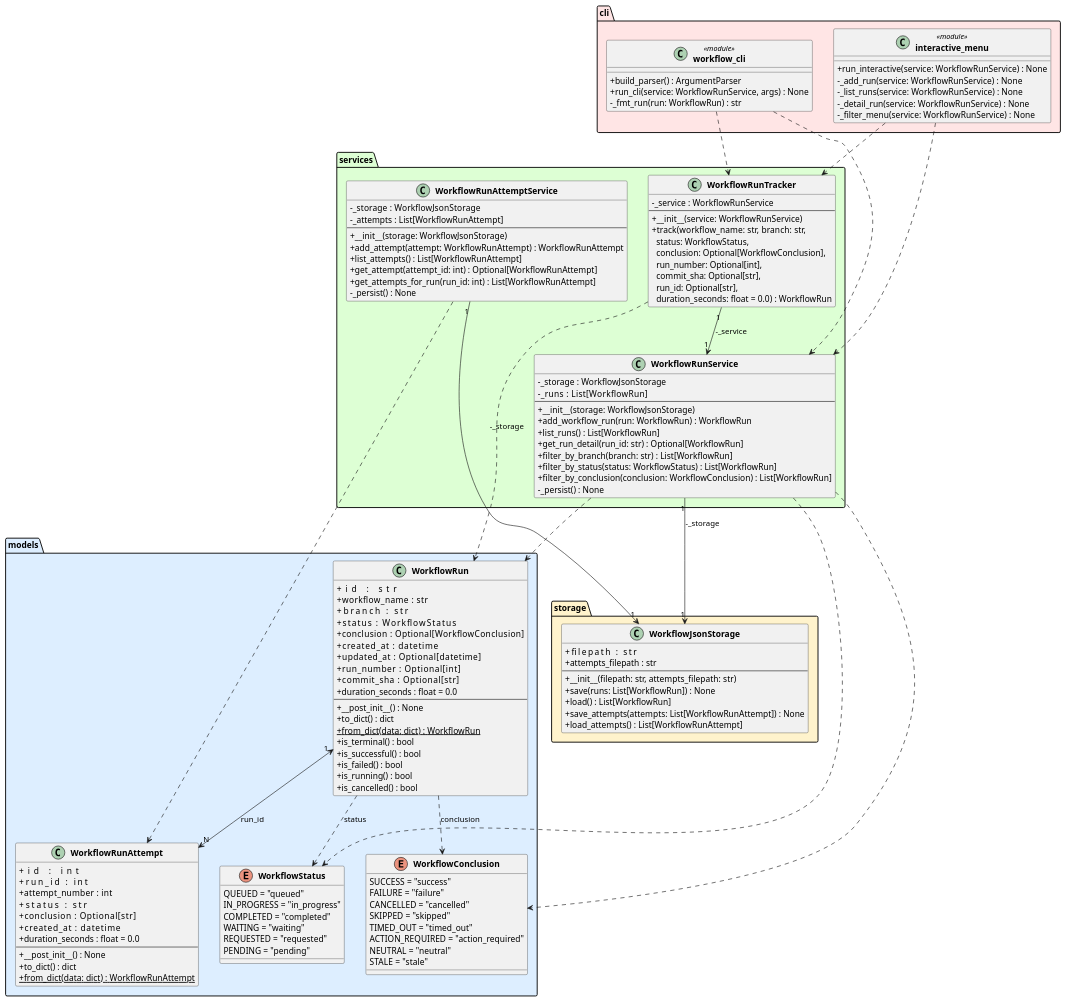
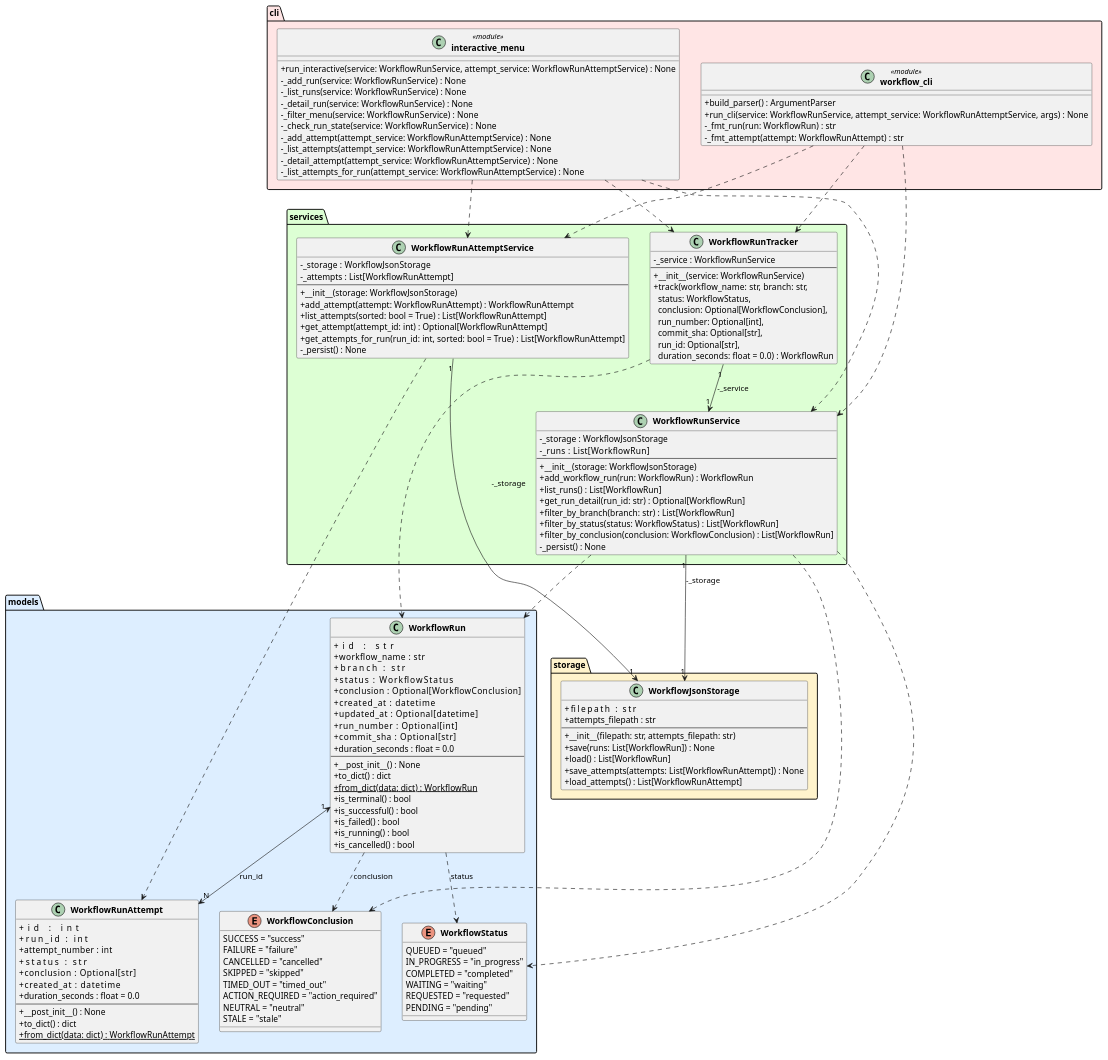
Before and after one commit to DanielRiha8906/Software_autoevolution_using_agents: the diagram in experiments/pipeline/user_stories/github-workflow-manager/artifacts/class_diagram.puml, drawn with PlantUML. The commit also changed 9 other files, not shown here.

First line of the commit message:
task 04 | implement sorting feature for AttemptService

```diff
--- a/experiments/pipeline/user_stories/github-workflow-manager/artifacts/class_diagram.puml
+++ b/experiments/pipeline/user_stories/github-workflow-manager/artifacts/class_diagram.puml
@@ -1,144 +1,152 @@
 @startuml class_diagram
 
 skinparam classAttributeIconSize 0
 skinparam classFontStyle bold
 
 package "models" #DDEEFF {
     enum WorkflowStatus {
         QUEUED = "queued"
         IN_PROGRESS = "in_progress"
         COMPLETED = "completed"
         WAITING = "waiting"
         REQUESTED = "requested"
         PENDING = "pending"
     }
 
     enum WorkflowConclusion {
         SUCCESS = "success"
         FAILURE = "failure"
         CANCELLED = "cancelled"
         SKIPPED = "skipped"
         TIMED_OUT = "timed_out"
         ACTION_REQUIRED = "action_required"
         NEUTRAL = "neutral"
         STALE = "stale"
     }
 
     class WorkflowRun {
         +id               : str
         +workflow_name    : str
         +branch           : str
         +status           : WorkflowStatus
         +conclusion       : Optional[WorkflowConclusion]
         +created_at       : datetime
         +updated_at       : Optional[datetime]
         +run_number       : Optional[int]
         +commit_sha       : Optional[str]
         +duration_seconds : float = 0.0
         --
         +__post_init__() : None
         +to_dict() : dict
         +{static} from_dict(data: dict) : WorkflowRun
         +is_terminal() : bool
         +is_successful() : bool
         +is_failed() : bool
         +is_running() : bool
         +is_cancelled() : bool
     }
 
     class WorkflowRunAttempt {
         +id               : int
         +run_id           : int
         +attempt_number   : int
         +status           : str
         +conclusion       : Optional[str]
         +created_at       : datetime
         +duration_seconds : float = 0.0
         --
         +__post_init__() : None
         +to_dict() : dict
         +{static} from_dict(data: dict) : WorkflowRunAttempt
     }
 }
 
 package "storage" #FFF3CC {
     class WorkflowJsonStorage {
         +filepath          : str
         +attempts_filepath : str
         --
         +__init__(filepath: str, attempts_filepath: str)
         +save(runs: List[WorkflowRun]) : None
         +load() : List[WorkflowRun]
         +save_attempts(attempts: List[WorkflowRunAttempt]) : None
         +load_attempts() : List[WorkflowRunAttempt]
     }
 }
 
 package "services" #DDFFD4 {
     class WorkflowRunService {
         -_storage : WorkflowJsonStorage
         -_runs    : List[WorkflowRun]
         --
         +__init__(storage: WorkflowJsonStorage)
         +add_workflow_run(run: WorkflowRun) : WorkflowRun
         +list_runs() : List[WorkflowRun]
         +get_run_detail(run_id: str) : Optional[WorkflowRun]
         +filter_by_branch(branch: str) : List[WorkflowRun]
         +filter_by_status(status: WorkflowStatus) : List[WorkflowRun]
         +filter_by_conclusion(conclusion: WorkflowConclusion) : List[WorkflowRun]
         -_persist() : None
     }
 
     class WorkflowRunAttemptService {
         -_storage  : WorkflowJsonStorage
         -_attempts : List[WorkflowRunAttempt]
         --
         +__init__(storage: WorkflowJsonStorage)
         +add_attempt(attempt: WorkflowRunAttempt) : WorkflowRunAttempt
-        +list_attempts() : List[WorkflowRunAttempt]
+        +list_attempts(sorted: bool = True) : List[WorkflowRunAttempt]
         +get_attempt(attempt_id: int) : Optional[WorkflowRunAttempt]
-        +get_attempts_for_run(run_id: int) : List[WorkflowRunAttempt]
+        +get_attempts_for_run(run_id: int, sorted: bool = True) : List[WorkflowRunAttempt]
         -_persist() : None
     }
 
     class WorkflowRunTracker {
         -_service : WorkflowRunService
         --
         +__init__(service: WorkflowRunService)
         +track(workflow_name: str, branch: str,\n  status: WorkflowStatus,\n  conclusion: Optional[WorkflowConclusion],\n  run_number: Optional[int],\n  commit_sha: Optional[str],\n  run_id: Optional[str],\n  duration_seconds: float = 0.0) : WorkflowRun
     }
 }
 
 package "cli" #FFE5E5 {
     class "workflow_cli" <<module>> {
         +build_parser() : ArgumentParser
-        +run_cli(service: WorkflowRunService, args) : None
+        +run_cli(service: WorkflowRunService, attempt_service: WorkflowRunAttemptService, args) : None
         -_fmt_run(run: WorkflowRun) : str
+        -_fmt_attempt(attempt: WorkflowRunAttempt) : str
     }
 
     class "interactive_menu" <<module>> {
-        +run_interactive(service: WorkflowRunService) : None
+        +run_interactive(service: WorkflowRunService, attempt_service: WorkflowRunAttemptService) : None
         -_add_run(service: WorkflowRunService) : None
         -_list_runs(service: WorkflowRunService) : None
         -_detail_run(service: WorkflowRunService) : None
         -_filter_menu(service: WorkflowRunService) : None
+        -_check_run_state(service: WorkflowRunService) : None
+        -_add_attempt(attempt_service: WorkflowRunAttemptService) : None
+        -_list_attempts(attempt_service: WorkflowRunAttemptService) : None
+        -_detail_attempt(attempt_service: WorkflowRunAttemptService) : None
+        -_list_attempts_for_run(attempt_service: WorkflowRunAttemptService) : None
     }
 }
 
 WorkflowRun                   ..>  WorkflowStatus        : status
 WorkflowRun                   ..>  WorkflowConclusion    : conclusion
 WorkflowRun         "1" <--> "N" WorkflowRunAttempt     : run_id
 WorkflowRunService      "1" --> "1" WorkflowJsonStorage : -_storage
 WorkflowRunService           ..>  WorkflowRun
 WorkflowRunService           ..>  WorkflowStatus
 WorkflowRunService           ..>  WorkflowConclusion
 WorkflowRunAttemptService    "1" --> "1" WorkflowJsonStorage : -_storage
 WorkflowRunAttemptService         ..>  WorkflowRunAttempt
 WorkflowRunTracker      "1" --> "1" WorkflowRunService  : -_service
 WorkflowRunTracker           ..>  WorkflowRun
 "workflow_cli"               ..>  WorkflowRunService
+"workflow_cli"               ..>  WorkflowRunAttemptService
 "workflow_cli"               ..>  WorkflowRunTracker
 "interactive_menu"           ..>  WorkflowRunService
+"interactive_menu"           ..>  WorkflowRunAttemptService
 "interactive_menu"           ..>  WorkflowRunTracker
 
 @enduml
```
